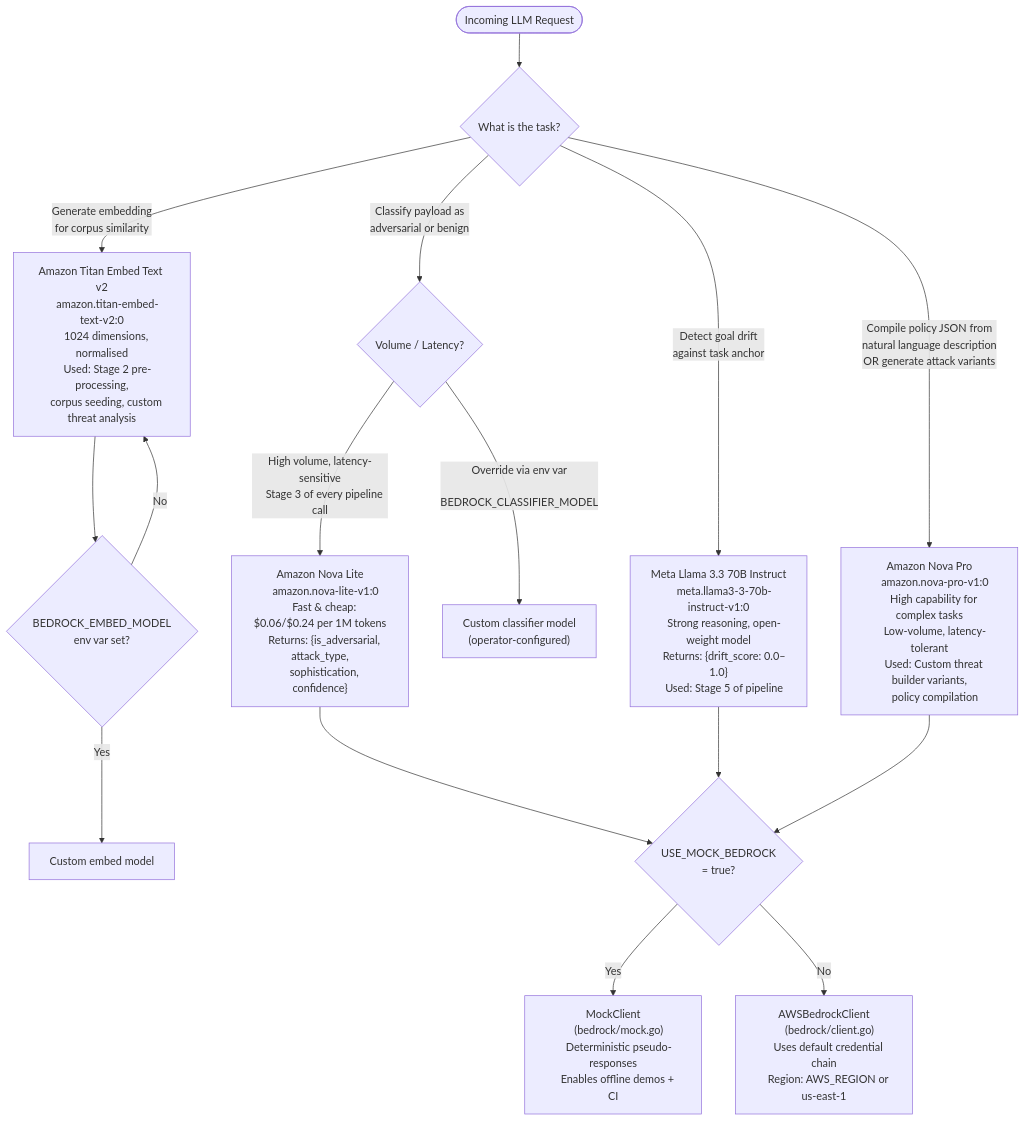
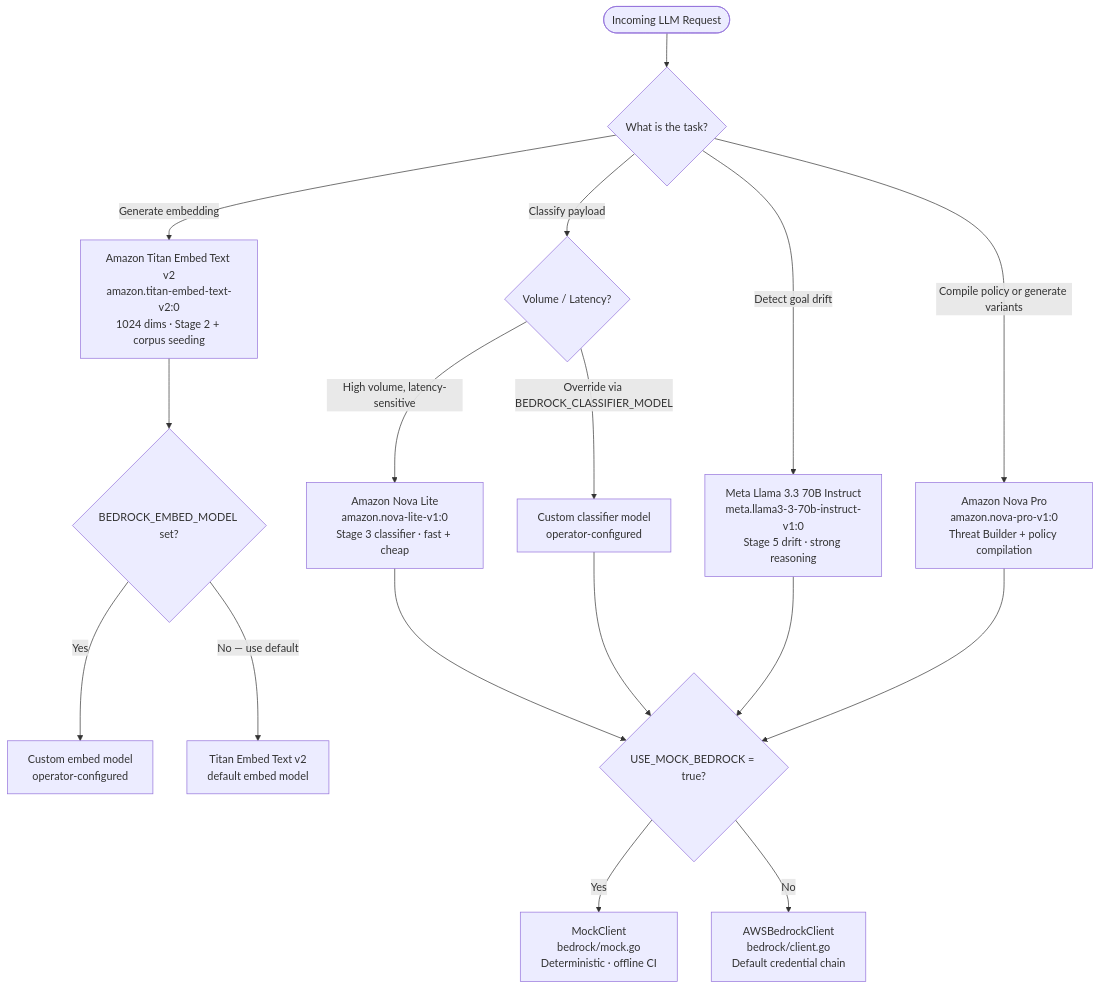
The eighth of 8 diagrams in docs/ARCHITECTURE.md (debmalyaroy/vault-guard), drawn with Mermaid before and after one commit. The commit also changed other lines of this file and 7 other files, not shown here.

First line of the commit message:
docs: fix light-mode text, mermaid diagrams, add viewer + UI mockups

````diff
--- a/docs/ARCHITECTURE.md
+++ b/docs/ARCHITECTURE.md
@@ -485,56 +483,26 @@
 ```mermaid
 graph TD
     START([Incoming LLM Request]) --> Q1{What is the task?}
 
-    Q1 -->|"Generate embedding<br/>for corpus similarity"| TITAN["Amazon Titan Embed Text v2
-    amazon.titan-embed-text-v2:0
-    1024 dimensions, normalised
-    Used: Stage 2 pre-processing,
-    corpus seeding, custom threat analysis"]
+    Q1 -->|Generate embedding| TITAN["Amazon Titan Embed Text v2<br/>amazon.titan-embed-text-v2:0<br/>1024 dims · Stage 2 + corpus seeding"]
 
-    Q1 -->|"Classify payload as
-    adversarial or benign"| Q2{Volume / Latency?}
+    Q1 -->|Classify payload| Q2{Volume / Latency?}
+    Q2 -->|High volume, latency-sensitive| NOVA_LITE["Amazon Nova Lite<br/>amazon.nova-lite-v1:0<br/>Stage 3 classifier · fast + cheap"]
 
-    Q2 -->|"High volume, latency-sensitive
-    Stage 3 of every pipeline call"| NOVA_LITE["Amazon Nova Lite
-    amazon.nova-lite-v1:0
-    Fast & cheap: $0.06/$0.24 per 1M tokens
-    Returns: {is_adversarial, attack_type,
-    sophistication, confidence}"]
+    Q1 -->|Detect goal drift| LLAMA["Meta Llama 3.3 70B Instruct<br/>meta.llama3-3-70b-instruct-v1:0<br/>Stage 5 drift · strong reasoning"]
 
-    Q1 -->|"Detect goal drift
-    against task anchor"| LLAMA["Meta Llama 3.3 70B Instruct
-    meta.llama3-3-70b-instruct-v1:0
-    Strong reasoning, open-weight model
-    Returns: {drift_score: 0.0–1.0}
-    Used: Stage 5 of pipeline"]
+    Q1 -->|Compile policy or generate variants| NOVA_PRO["Amazon Nova Pro<br/>amazon.nova-pro-v1:0<br/>Threat Builder + policy compilation"]
 
-    Q1 -->|"Compile policy JSON from
-    natural language description
-    OR generate attack variants"| NOVA_PRO["Amazon Nova Pro
-    amazon.nova-pro-v1:0
-    High capability for complex tasks
-    Low-volume, latency-tolerant
-    Used: Custom threat builder variants,
-    policy compilation"]
+    Q2 -->|Override via BEDROCK_CLASSIFIER_MODEL| CUSTOM_C["Custom classifier model<br/>operator-configured"]
 
-    Q2 -->|"Override via env var
-    BEDROCK_CLASSIFIER_MODEL"| CUSTOM_C["Custom classifier model
-    (operator-configured)"]
+    TITAN --> ENV1{BEDROCK_EMBED_MODEL set?}
+    ENV1 -->|Yes| CUSTOM_E["Custom embed model<br/>operator-configured"]
+    ENV1 -->|No — use default| TITAN_DEFAULT["Titan Embed Text v2<br/>default embed model"]
 
-    TITAN --> ENV1{BEDROCK_EMBED_MODEL<br/>env var set?}
-    ENV1 -->|Yes| CUSTOM_E["Custom embed model"]
-    ENV1 -->|No| TITAN
-
-    NOVA_LITE --> MOCK{USE_MOCK_BEDROCK<br/>= true?}
+    NOVA_LITE --> MOCK{USE_MOCK_BEDROCK = true?}
     LLAMA --> MOCK
     NOVA_PRO --> MOCK
-    MOCK -->|Yes| MOCK_CLIENT["MockClient
-    (bedrock/mock.go)
-    Deterministic pseudo-responses
-    Enables offline demos + CI"]
-    MOCK -->|No| REAL["AWSBedrockClient
-    (bedrock/client.go)
-    Uses default credential chain
-    Region: AWS_REGION or us-east-1"]
+    CUSTOM_C --> MOCK
+    MOCK -->|Yes| MOCK_CLIENT["MockClient<br/>bedrock/mock.go<br/>Deterministic · offline CI"]
+    MOCK -->|No| REAL["AWSBedrockClient<br/>bedrock/client.go<br/>Default credential chain"]
 ```
````
